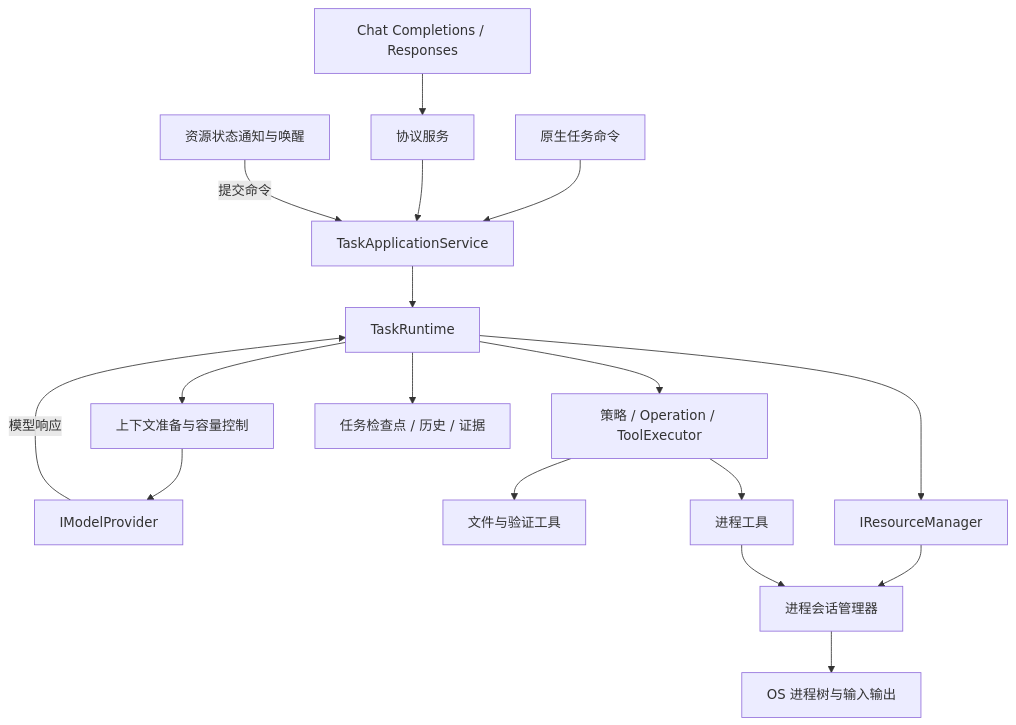
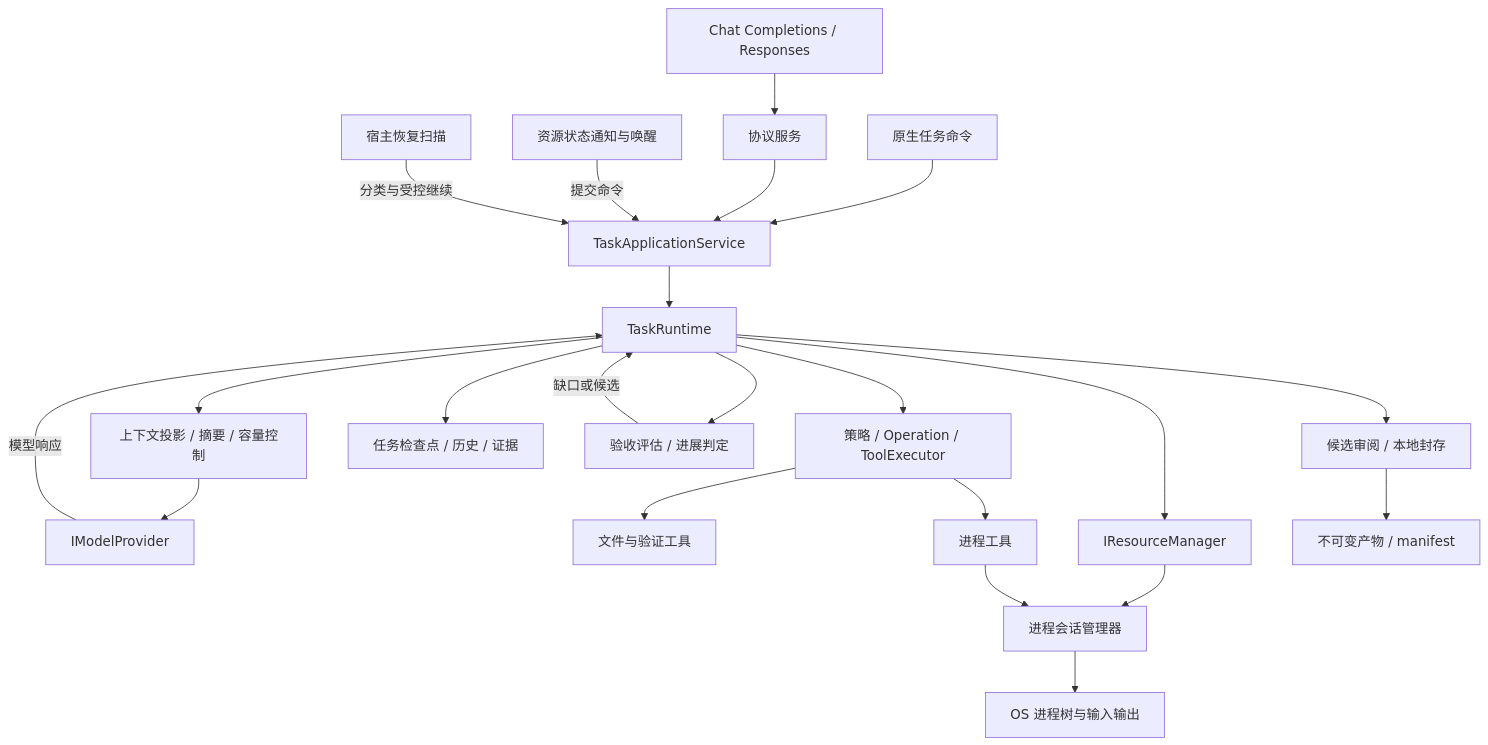
One commit to SENewJax/MiniHarness changed the diagram in docs/design/architecture.md. Above: the diagram before and after it, drawn with Mermaid. The commit also changed other lines of this file and 7 other files, not shown here.

````diff
--- a/docs/design/architecture.md
+++ b/docs/design/architecture.md
@@ -30,19 +30,24 @@
 ```mermaid
 flowchart TB
     OA[Chat Completions / Responses] --> PA[协议服务]
     NA[原生任务命令] --> APP[TaskApplicationService]
     PA --> APP
     WAKE[资源状态通知与唤醒] -->|提交命令| APP
+    RECOVER[宿主恢复扫描] -->|分类与受控继续| APP
     APP --> RT[TaskRuntime]
-    RT --> CONTEXT[上下文准备与容量控制]
+    RT --> CONTEXT[上下文投影 / 摘要 / 容量控制]
     CONTEXT --> MODEL[IModelProvider]
     MODEL -->|模型响应| RT
     RT --> EXEC[策略 / Operation / ToolExecutor]
     EXEC --> CODING[文件与验证工具]
     EXEC --> PROCESS[进程工具]
     RT --> RESOURCE[IResourceManager]
     RESOURCE --> SESSION[进程会话管理器]
     PROCESS --> SESSION
     RT --> STORE[任务检查点 / 历史 / 证据]
+    RT --> ACCEPT[验收评估 / 进展判定]
+    ACCEPT -->|缺口或候选| RT
+    RT --> SEAL[候选审阅 / 本地封存]
+    SEAL --> BLOBS[不可变产物 / manifest]
     SESSION --> OS[OS 进程树与输入输出]
 ```
````
